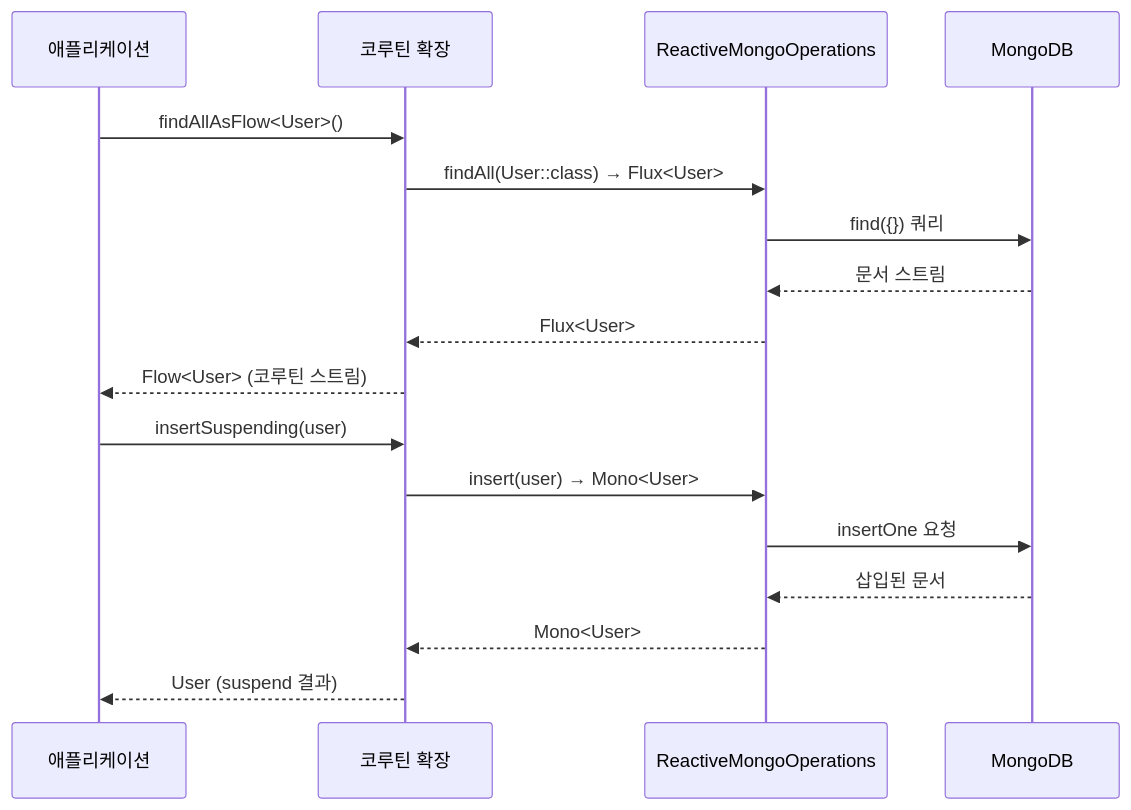
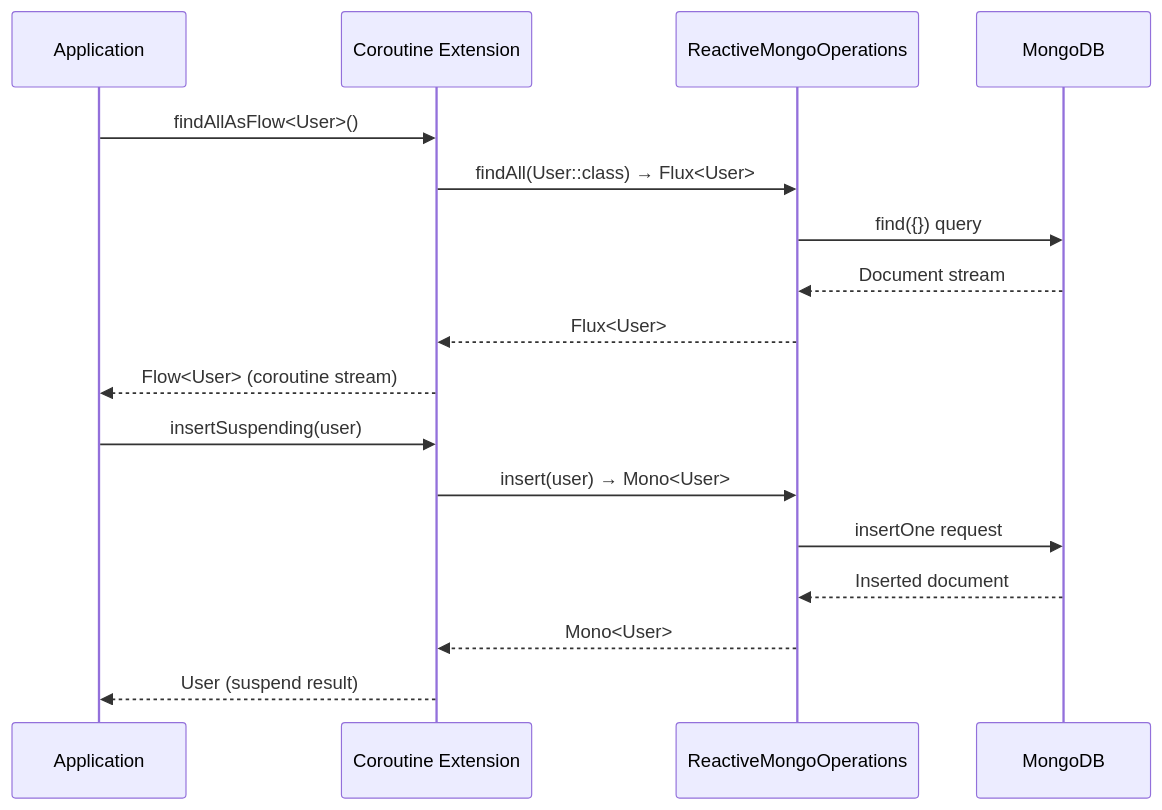
Before and after one commit to bluetape4k/bluetape4k-projects: the fourth of 4 diagrams in spring-boot4/mongodb/README.md, drawn with Mermaid. The commit also changed other lines of this file and 265 other files, not shown here.

````diff
--- a/spring-boot4/mongodb/README.md
+++ b/spring-boot4/mongodb/README.md
@@ -188,21 +189,21 @@
 ```mermaid
 sequenceDiagram
-    participant App as 애플리케이션
-    participant Ext as 코루틴 확장
+    participant App as Application
+    participant Ext as Coroutine Extension
     participant Ops as ReactiveMongoOperations
     participant DB as MongoDB
 
     App->>Ext: findAllAsFlow<User>()
     Ext->>Ops: findAll(User::class) → Flux<User>
-    Ops->>DB: find({}) 쿼리
-    DB-->>Ops: 문서 스트림
+    Ops->>DB: find({}) query
+    DB-->>Ops: Document stream
     Ops-->>Ext: Flux<User>
-    Ext-->>App: Flow<User> (코루틴 스트림)
+    Ext-->>App: Flow<User> (coroutine stream)
 
     App->>Ext: insertSuspending(user)
     Ext->>Ops: insert(user) → Mono<User>
-    Ops->>DB: insertOne 요청
-    DB-->>Ops: 삽입된 문서
+    Ops->>DB: insertOne request
+    DB-->>Ops: Inserted document
     Ops-->>Ext: Mono<User>
-    Ext-->>App: User (suspend 결과)
+    Ext-->>App: User (suspend result)
 ```
````
